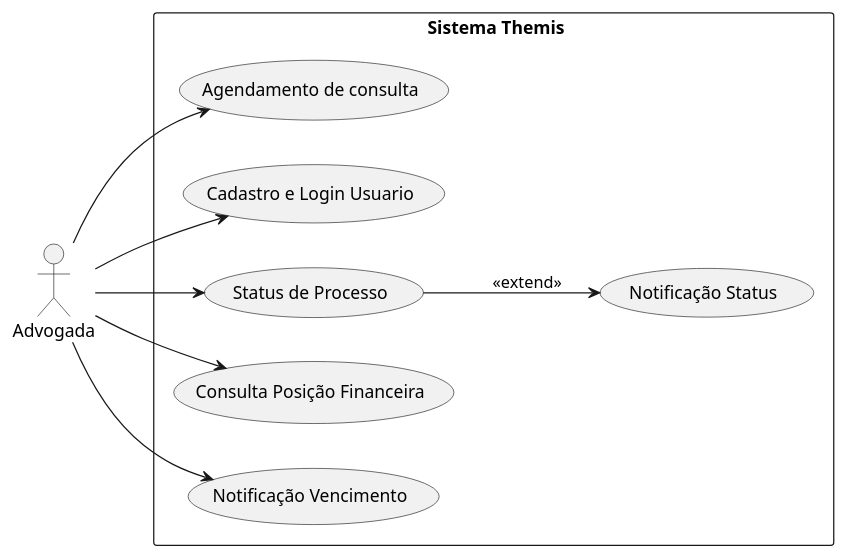
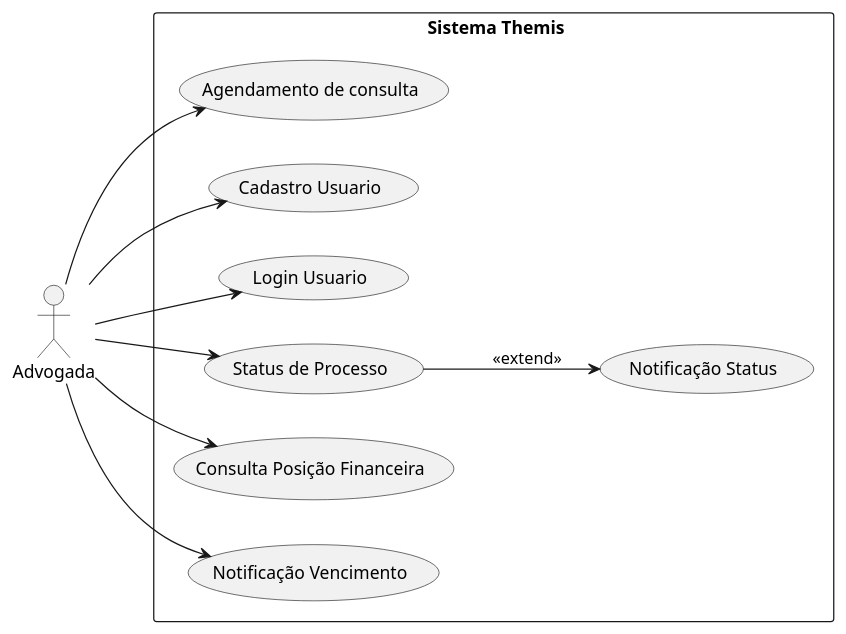
The diagram in Documentação/Sistema  Documentação/Diagramas/Caso-de-Uso.plantuml (FernandaPalma/PI-Grupo-04), drawn with PlantUML before and after one commit. The commit also changed 4 other files, not shown here.

```diff
--- a/Documentação/Sistema  Documentação/Diagramas/Caso-de-Uso.plantuml
+++ b/Documentação/Sistema  Documentação/Diagramas/Caso-de-Uso.plantuml
@@ -1,29 +1,31 @@
 @startuml
 left to right direction
  
 actor "Advogada" as Advogada
  
  
 rectangle " Sistema Themis"{
     usecase "Agendamento de consulta" as UC1
-    usecase "Cadastro e Login Usuario" as UC2
-    usecase "Notificação Status" as UC3
-    usecase "Status de Processo" as UC4 
-    usecase "Consulta Posição Financeira" as UC5
-    usecase "Notificação Vencimento" as UC6
+    usecase "Cadastro Usuario" as UC2
+    usecase "Login Usuario" as UC3
+    usecase "Notificação Status" as UC4
+    usecase "Status de Processo" as UC5 
+    usecase "Consulta Posição Financeira" as UC6
+    usecase "Notificação Vencimento" as UC7
    
     
        
 }
 
 
 Advogada --> UC1
 Advogada --> UC2
-Advogada --> UC4
+Advogada --> UC3
 Advogada --> UC5
 Advogada --> UC6
+Advogada --> UC7
 
-UC4 --> UC3:<<extend>>
+UC5 --> UC4:<<extend>>
 
  
 @enduml
```
